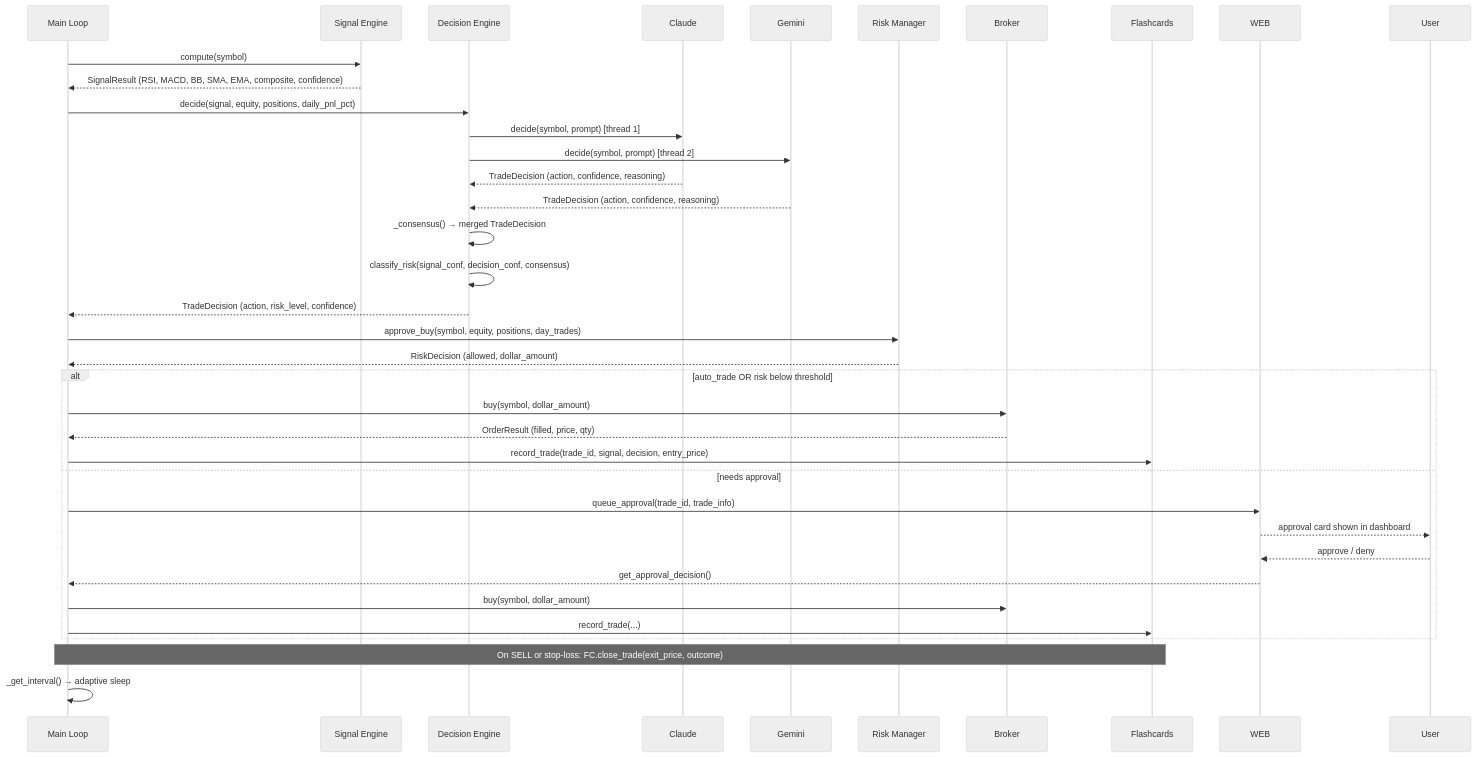
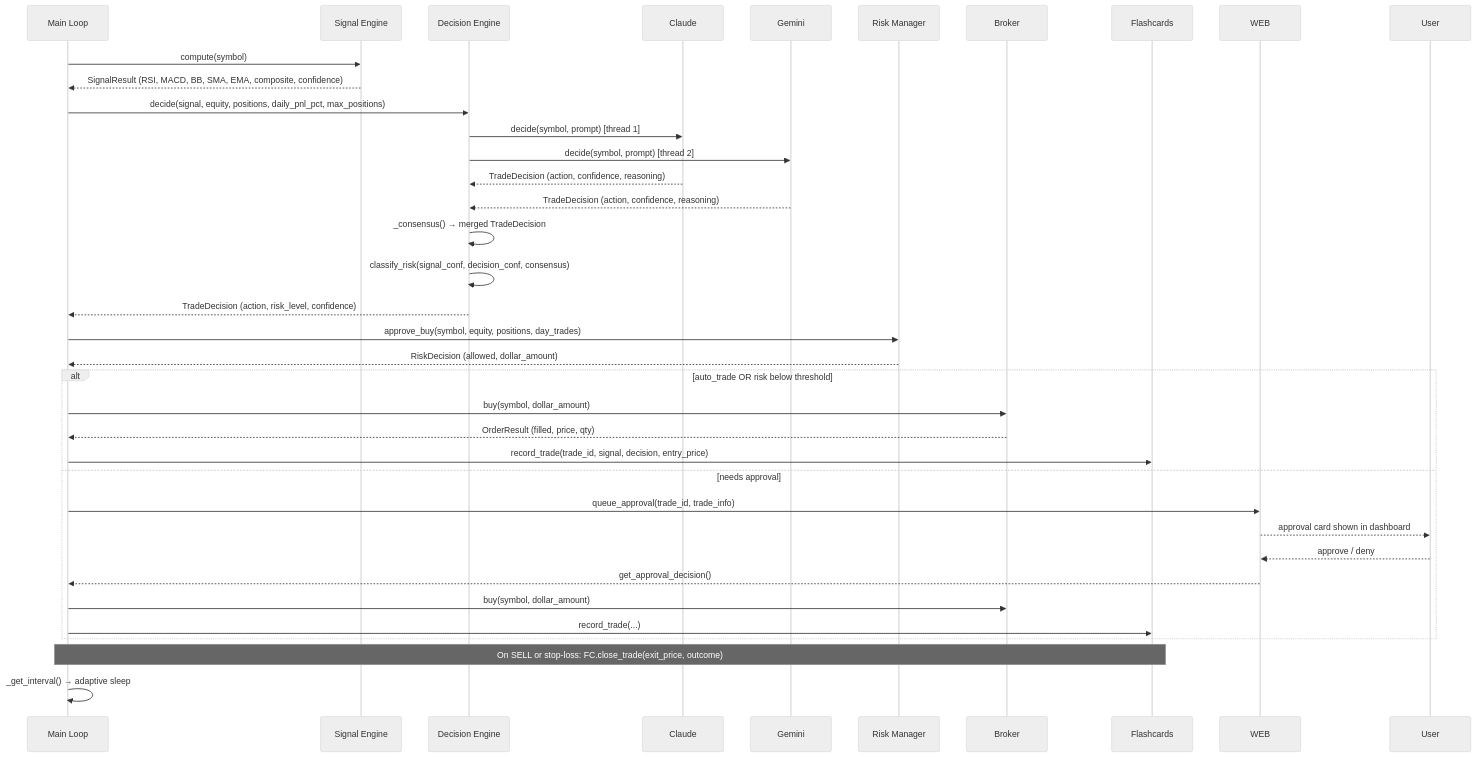
One commit to ErickZBrambila/argus changed the second of 5 diagrams in README.md. Above: the diagram before and after it, drawn with Mermaid (neutral theme). The commit also changed other lines of this file and 3 other files, not shown here.

````diff
--- a/README.md
+++ b/README.md
@@ -60,38 +60,38 @@
 ```mermaid
 sequenceDiagram
     participant ML as Main Loop
     participant SE as Signal Engine
     participant DE as Decision Engine
     participant C as Claude
     participant G as Gemini
     participant RM as Risk Manager
     participant B as Broker
     participant FC as Flashcards
 
     ML->>SE: compute(symbol)
     SE-->>ML: SignalResult (RSI, MACD, BB, SMA, EMA, composite, confidence)
-    ML->>DE: decide(signal, equity, positions, daily_pnl_pct)
+    ML->>DE: decide(signal, equity, positions, daily_pnl_pct, max_positions)
     DE->>C: decide(symbol, prompt) [thread 1]
     DE->>G: decide(symbol, prompt) [thread 2]
     C-->>DE: TradeDecision (action, confidence, reasoning)
     G-->>DE: TradeDecision (action, confidence, reasoning)
     DE->>DE: _consensus() → merged TradeDecision
     DE->>DE: classify_risk(signal_conf, decision_conf, consensus)
     DE-->>ML: TradeDecision (action, risk_level, confidence)
     ML->>RM: approve_buy(symbol, equity, positions, day_trades)
     RM-->>ML: RiskDecision (allowed, dollar_amount)
     alt auto_trade OR risk below threshold
         ML->>B: buy(symbol, dollar_amount)
         B-->>ML: OrderResult (filled, price, qty)
         ML->>FC: record_trade(trade_id, signal, decision, entry_price)
     else needs approval
         ML->>WEB: queue_approval(trade_id, trade_info)
         WEB-->>User: approval card shown in dashboard
         User-->>WEB: approve / deny
         WEB-->>ML: get_approval_decision()
         ML->>B: buy(symbol, dollar_amount)
         ML->>FC: record_trade(...)
     end
     Note over ML,FC: On SELL or stop-loss: FC.close_trade(exit_price, outcome)
     ML->>ML: _get_interval() → adaptive sleep
 ```
````
